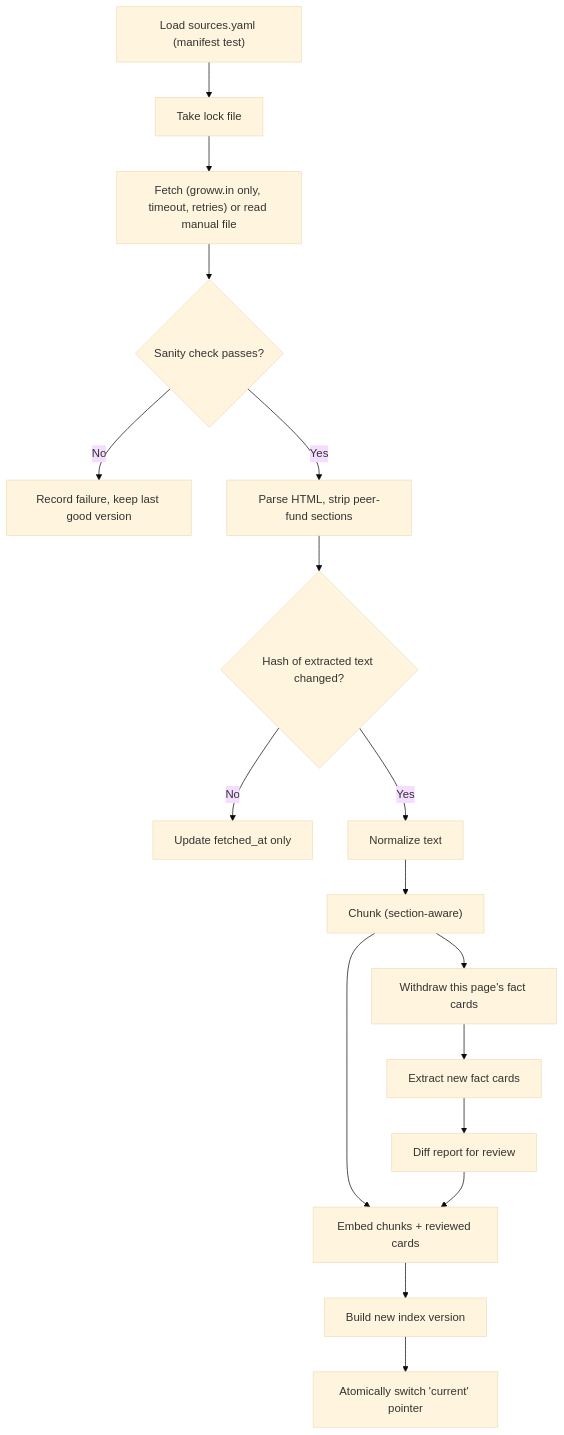
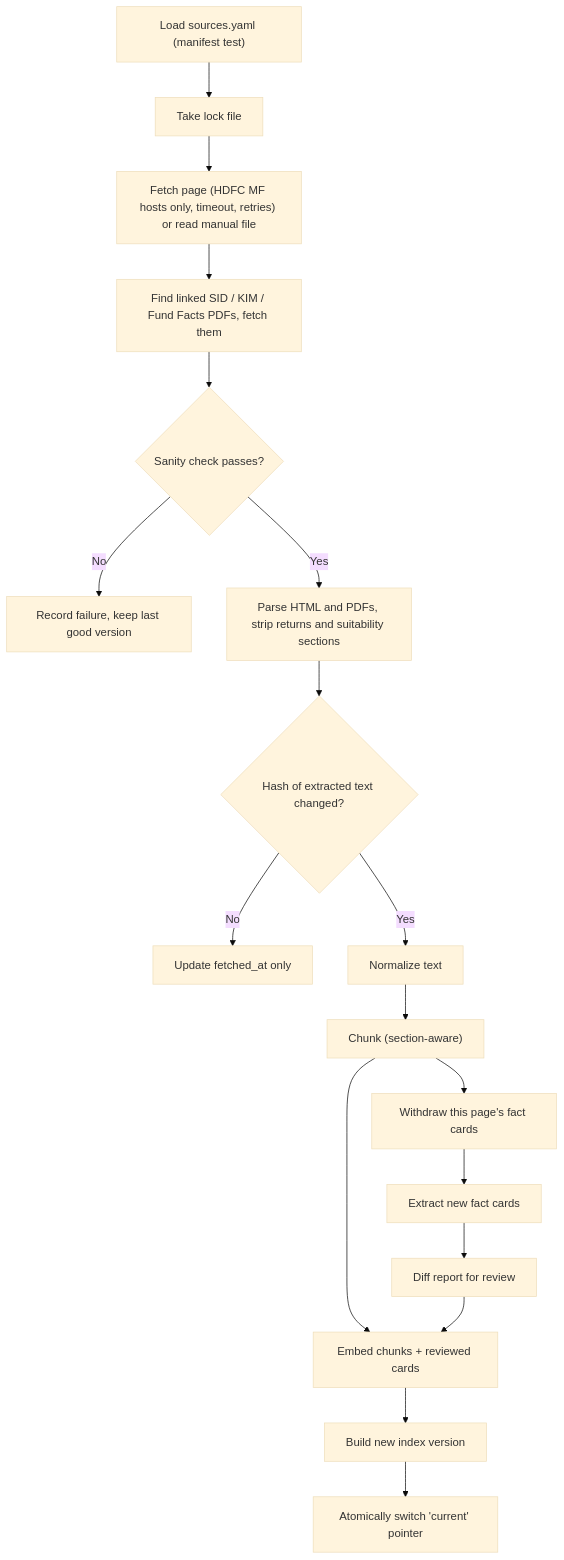
One commit to akashtickoo/growwChatBot changed the second of 3 diagrams in docs/architecture.md. Above: the diagram before and after it, drawn with Mermaid (base theme). The commit also changed other lines of this file and 48 other files, not shown here.

````diff
--- a/docs/architecture.md
+++ b/docs/architecture.md
@@ -188,19 +204,20 @@
 ```mermaid
 flowchart TD
     M["Load sources.yaml (manifest test)"] --> LK["Take lock file"]
-    LK --> F1["Fetch (groww.in only, timeout, retries) or read manual file"]
-    F1 --> SC{"Sanity check passes?"}
+    LK --> F1["Fetch page (HDFC MF hosts only, timeout, retries) or read manual file"]
+    F1 --> LD["Find linked SID / KIM / Fund Facts PDFs, fetch them"]
+    LD --> SC{"Sanity check passes?"}
     SC -- No --> KF["Record failure, keep last good version"]
-    SC -- Yes --> PR["Parse HTML, strip peer-fund sections"]
+    SC -- Yes --> PR["Parse HTML and PDFs, strip returns and suitability sections"]
     PR --> H1{"Hash of extracted text changed?"}
     H1 -- No --> SK["Update fetched_at only"]
     H1 -- Yes --> NO["Normalize text"]
     NO --> CH["Chunk (section-aware)"]
     CH --> WD["Withdraw this page's fact cards"]
     WD --> FC["Extract new fact cards"]
     FC --> DR["Diff report for review"]
     CH --> EM["Embed chunks + reviewed cards"]
     DR --> EM
     EM --> IX["Build new index version"]
     IX --> SW["Atomically switch 'current' pointer"]
 ```
````
